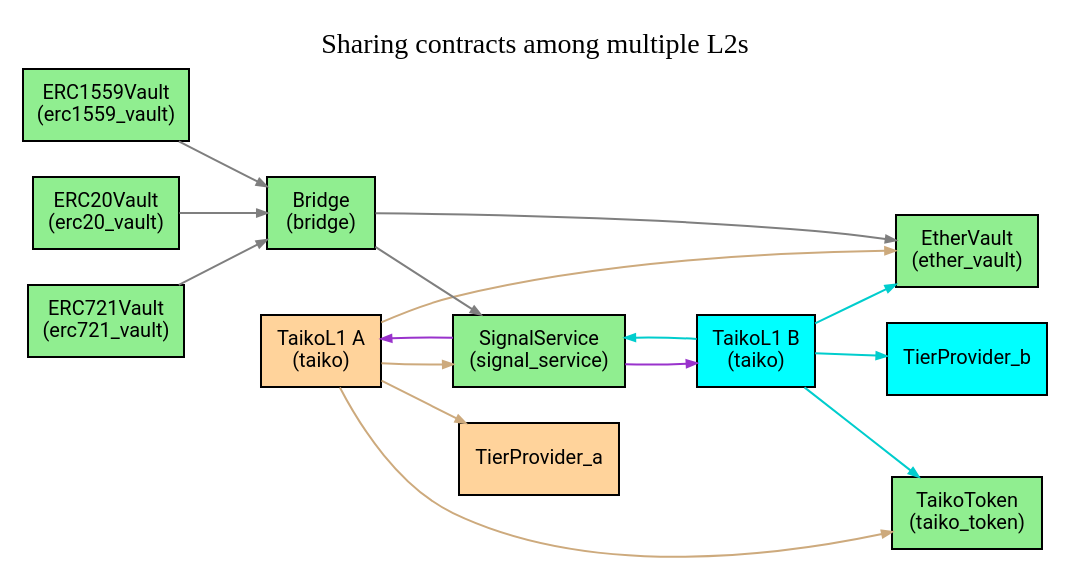
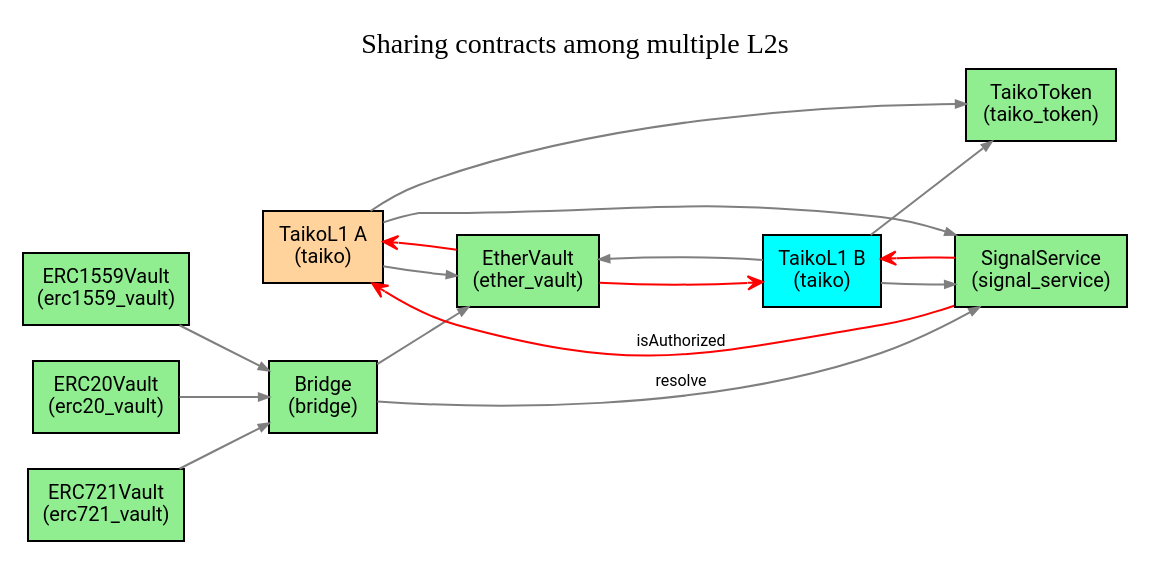
Before and after one commit to taikoxyz/taiko-mono: the diagram in packages/protocol/docs/contract_graph.dot, drawn with Graphviz. The commit also changed 3 other files, not shown here.

```diff
--- a/packages/protocol/docs/contract_graph.dot
+++ b/packages/protocol/docs/contract_graph.dot
@@ -1,45 +1,49 @@
 digraph G {
   graph [rankdir=LR];
   node [shape=box, fontname="Roboto" fontsize=10]; 
-  edge [arrowsize=0.5, color=gray50]; // Set the arrowhead type for all edges
+  edge [arrowsize=0.5, color=gray50, fontname="Roboto" fontsize=8]; // Set the arrowhead type for all edges
 
   label="Sharing contracts among multiple L2s"; // Set the label for the entire graph
   labelloc="t"; // Place the label at the top
 
 
   taiko_a [label="TaikoL1 A\n(taiko)", style=filled, fillcolor=burlywood1]
-  TierProvider_a [style=filled, fillcolor=burlywood1]
+  // TierProvider_a [style=filled, fillcolor=burlywood1]
 
   taiko_b [label="TaikoL1 B\n(taiko)", style=filled, fillcolor=cyan]
-  TierProvider_b [style=filled, fillcolor=cyan]
+  // TierProvider_b [style=filled, fillcolor=cyan]
 
   // taiko_l2 [label="TaikoL2\n(n/a)"]
   erc1559_vault [label="ERC1559Vault\n(erc1559_vault)" style=filled, fillcolor=lightgreen]
   erc20_vault [label="ERC20Vault\n(erc20_vault)" style=filled, fillcolor=lightgreen]
   erc721_vault [label="ERC721Vault\n(erc721_vault)" style=filled, fillcolor=lightgreen]
+  taiko_token [label="TaikoToken\n(taiko_token)" style=filled, fillcolor=lightgreen]
+  bridge [label="Bridge\n(bridge)" style=filled, fillcolor=lightgreen]
+
+  ether_vault [label="EtherVault\n(ether_vault)" style=filled, fillcolor=lightgreen]
   signal_service [label="SignalService\n(signal_service)" style=filled, fillcolor=lightgreen]
-  taiko_token [label="TaikoToken\n(taiko_token)" style=filled, fillcolor=lightgreen]
-  ether_vault [label="EtherVault\n(ether_vault)" style=filled, fillcolor=lightgreen]
-  bridge [label="Bridge\n(bridge)" style=filled, fillcolor=lightgreen]
 
   erc1559_vault -> bridge;
   erc20_vault -> bridge;
   erc721_vault -> bridge;
   bridge -> ether_vault;
-  bridge -> signal_service;
+  bridge -> signal_service [label="resolve"];
 
-  taiko_a -> TierProvider_a [color=burlywood3];
-  taiko_a -> signal_service [color=burlywood3];
-  taiko_a -> taiko_token [color=burlywood3];
-  taiko_a -> ether_vault [color=burlywood3];
+  // taiko_a -> TierProvider_a;
+  taiko_a -> signal_service;
+  taiko_a -> taiko_token;
+  taiko_a -> ether_vault;
 
-  taiko_b -> TierProvider_b [color=cyan3];
-  taiko_b -> signal_service [color=cyan3];
-  taiko_b -> taiko_token [color=cyan3];
-  taiko_b -> ether_vault [color=cyan3];
+  // taiko_b -> TierProvider_b;
+  taiko_b -> signal_service;
+  taiko_b -> taiko_token;
+  taiko_b -> ether_vault;
 
-  signal_service -> taiko_a [color=darkorchid];
-  signal_service -> taiko_b [color=darkorchid];
+  signal_service -> taiko_a [color=red, arrowhead=vee, arrowsize=0.75, label="isAuthorized"];
+  signal_service -> taiko_b [color=red, arrowhead=vee, arrowsize=0.75];
+
+  ether_vault -> taiko_a [color=red, arrowhead=vee, arrowsize=0.75];
+  ether_vault -> taiko_b [color=red, arrowhead=vee, arrowsize=0.75];
 }
 
 // dot -Tpdf contract_graph.dot -o contract_graph.pdf
```
